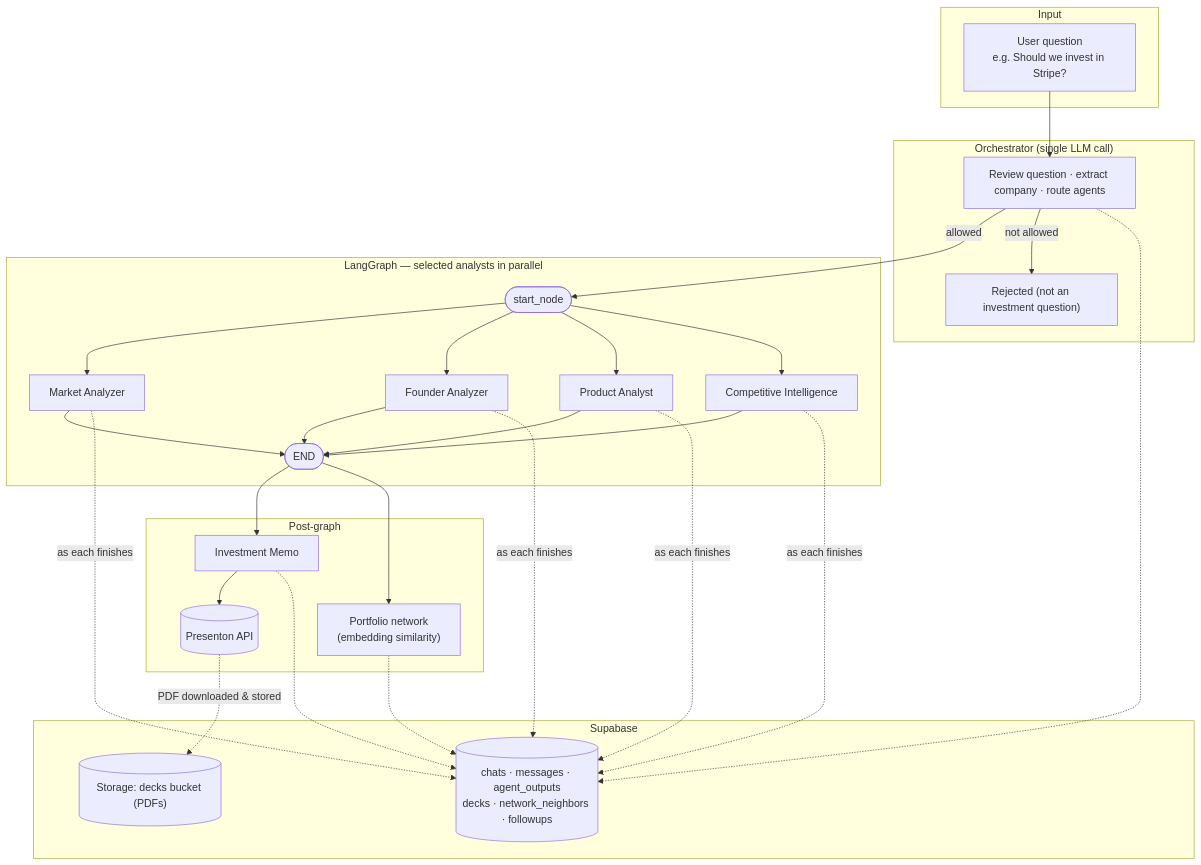
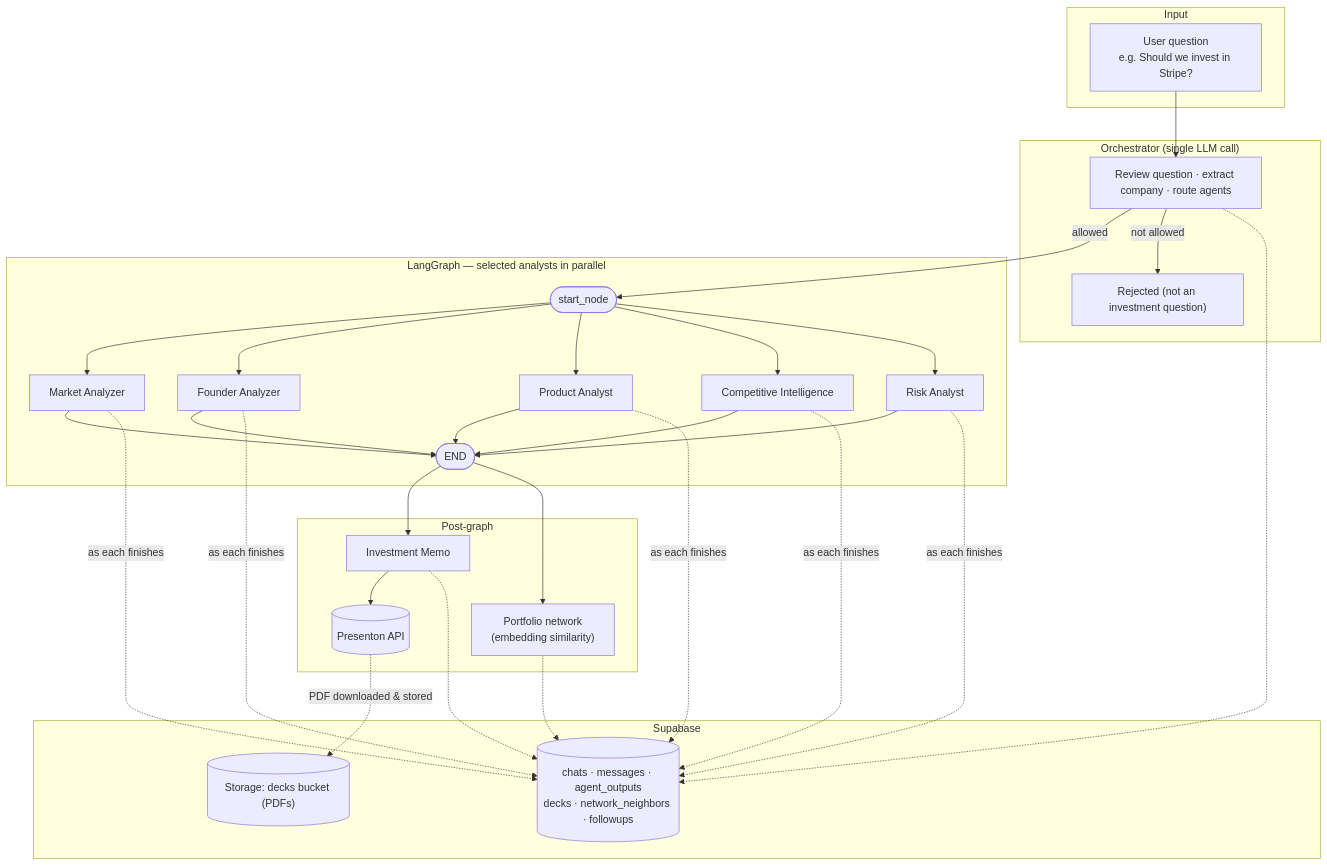
The diagram in README.md (NevinTroy/ai-investment-team), drawn with Mermaid before and after one commit. The commit also changed other lines of this file and 15 other files, not shown here.

````diff
--- a/README.md
+++ b/README.md
@@ -26,46 +27,47 @@
 ```mermaid
 flowchart TB
     subgraph input["Input"]
         Q["User question<br/>e.g. Should we invest in Stripe?"]
     end
 
     subgraph orch["Orchestrator (single LLM call)"]
         O["Review question · extract company · route agents"]
         REJ["Rejected (not an investment question)"]
     end
 
     subgraph langgraph["LangGraph — selected analysts in parallel"]
         START([start_node])
         MA[Market Analyzer]
         FA[Founder Analyzer]
         PA[Product Analyst]
         CI[Competitive Intelligence]
+        RA[Risk Analyst]
         END_NODE([END])
     end
 
     subgraph postgraph["Post-graph"]
         IM[Investment Memo]
         PRESENTON[(Presenton API)]
         NET["Portfolio network<br/>(embedding similarity)"]
     end
 
     subgraph persist["Supabase"]
         DB[("chats · messages · agent_outputs<br/>decks · network_neighbors · followups")]
         STORE[("Storage: decks bucket (PDFs)")]
     end
 
     Q --> O
     O -->|allowed| START
     O -->|not allowed| REJ
-    START --> MA & FA & PA & CI
-    MA & FA & PA & CI --> END_NODE
+    START --> MA & FA & PA & CI & RA
+    MA & FA & PA & CI & RA --> END_NODE
     END_NODE --> IM
     IM --> PRESENTON
     END_NODE --> NET
 
     O -.-> DB
-    MA & FA & PA & CI -.->|as each finishes| DB
+    MA & FA & PA & CI & RA -.->|as each finishes| DB
     IM -.-> DB
     NET -.-> DB
     PRESENTON -.->|PDF downloaded & stored| STORE
 ```
````
